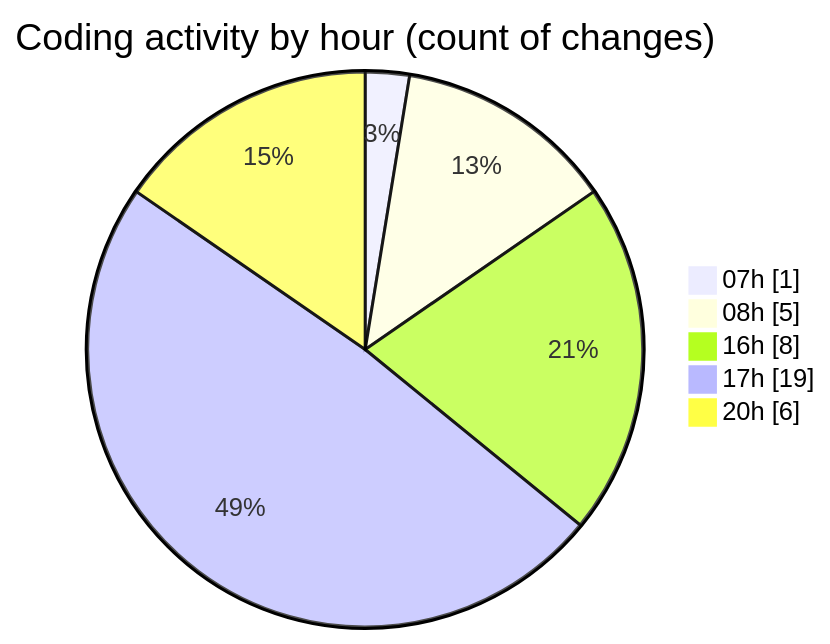
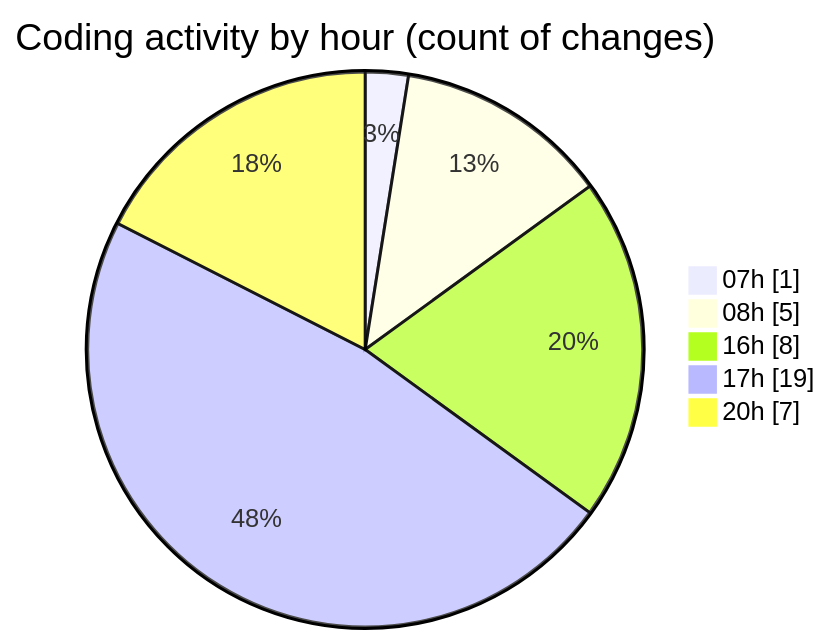
One commit to Elitesun/code-tracking changed the second of 2 diagrams in 2025-02-13/elitegpt/README.md. Above: the diagram before and after it, drawn with Mermaid. The commit also changed other lines of this file and 1 other file, not shown here.

````diff
--- a/2025-02-13/elitegpt/README.md
+++ b/2025-02-13/elitegpt/README.md
@@ -36,9 +36,9 @@
 ```mermaid
 pie showData
 title Coding activity by hour (count of changes)
 "07h" : 1
 "08h" : 5
 "16h" : 8
 "17h" : 19
-"20h" : 6
+"20h" : 7
 ```
````
